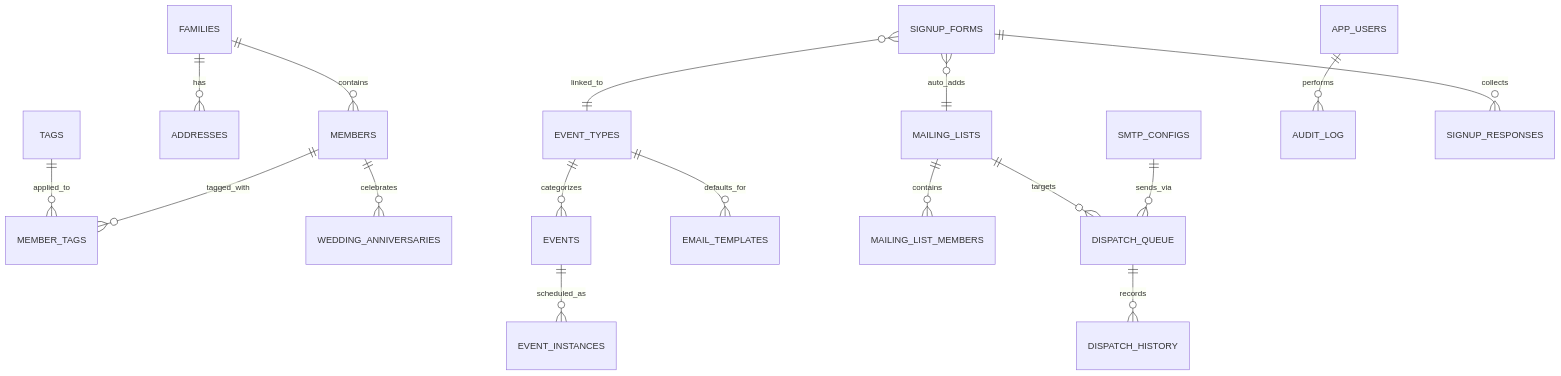
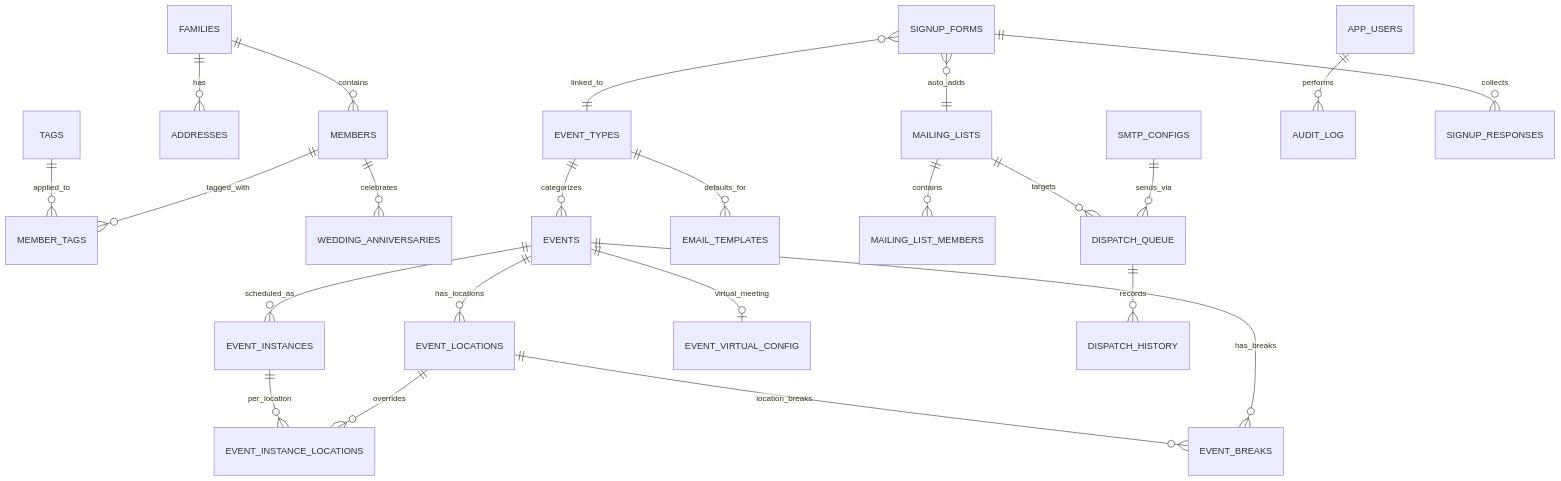
The second of 5 diagrams in README.md (jpurusho/ccisr-connect), drawn with Mermaid before and after one commit. The commit also changed other lines of this file and 1 other file, not shown here.

````diff
--- a/README.md
+++ b/README.md
@@ -144,19 +144,25 @@
 ```mermaid
 erDiagram
     FAMILIES ||--o{ MEMBERS : contains
     FAMILIES ||--o{ ADDRESSES : has
     MEMBERS ||--o{ MEMBER_TAGS : tagged_with
     TAGS ||--o{ MEMBER_TAGS : applied_to
     MEMBERS ||--o{ WEDDING_ANNIVERSARIES : celebrates
     EVENT_TYPES ||--o{ EVENTS : categorizes
+    EVENT_TYPES ||--o{ EMAIL_TEMPLATES : defaults_for
     EVENTS ||--o{ EVENT_INSTANCES : scheduled_as
-    EVENT_TYPES ||--o{ EMAIL_TEMPLATES : defaults_for
+    EVENTS ||--o{ EVENT_LOCATIONS : has_locations
+    EVENTS ||--o{ EVENT_BREAKS : has_breaks
+    EVENTS ||--o| EVENT_VIRTUAL_CONFIG : virtual_meeting
+    EVENT_LOCATIONS ||--o{ EVENT_BREAKS : location_breaks
+    EVENT_LOCATIONS ||--o{ EVENT_INSTANCE_LOCATIONS : overrides
+    EVENT_INSTANCES ||--o{ EVENT_INSTANCE_LOCATIONS : per_location
     MAILING_LISTS ||--o{ MAILING_LIST_MEMBERS : contains
     SMTP_CONFIGS ||--o{ DISPATCH_QUEUE : sends_via
     MAILING_LISTS ||--o{ DISPATCH_QUEUE : targets
     DISPATCH_QUEUE ||--o{ DISPATCH_HISTORY : records
     APP_USERS ||--o{ AUDIT_LOG : performs
     SIGNUP_FORMS ||--o{ SIGNUP_RESPONSES : collects
     SIGNUP_FORMS }o--|| EVENT_TYPES : linked_to
     SIGNUP_FORMS }o--|| MAILING_LISTS : auto_adds
 ```
````
